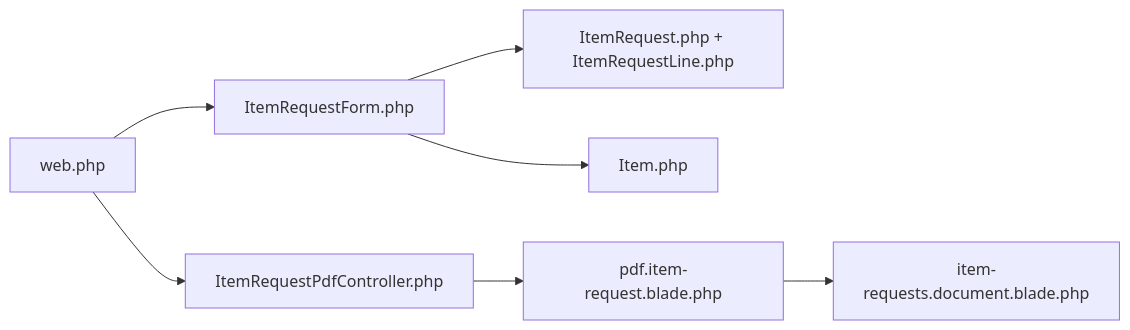
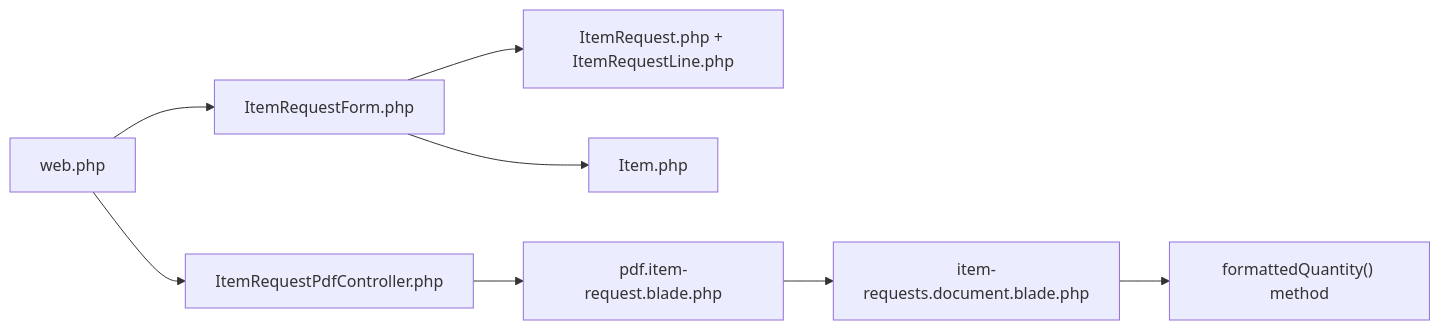
The sixth of 6 diagrams in .qoder/repowiki/en/content/Core Modules/Document Generation.md (Dikksap/laravel_RsvHelmet), drawn with Mermaid before and after one commit. The commit also changed other lines of this file and 102 other files, not shown here.

````diff
--- a/.qoder/repowiki/en/content/Core Modules/Document Generation.md
+++ b/.qoder/repowiki/en/content/Core Modules/Document Generation.md
@@ -451,9 +479,10 @@
 ```mermaid
 graph LR
 Routes["web.php"] --> Livewire["ItemRequestForm.php"]
 Routes --> Controller["ItemRequestPdfController.php"]
 Livewire --> Models["ItemRequest.php + ItemRequestLine.php"]
 Livewire --> ItemModel["Item.php"]
 Controller --> PdfView["pdf.item-request.blade.php"]
 PdfView --> SharedDoc["item-requests.document.blade.php"]
+SharedDoc --> FormattedQty["formattedQuantity() method"]
 ```
````
